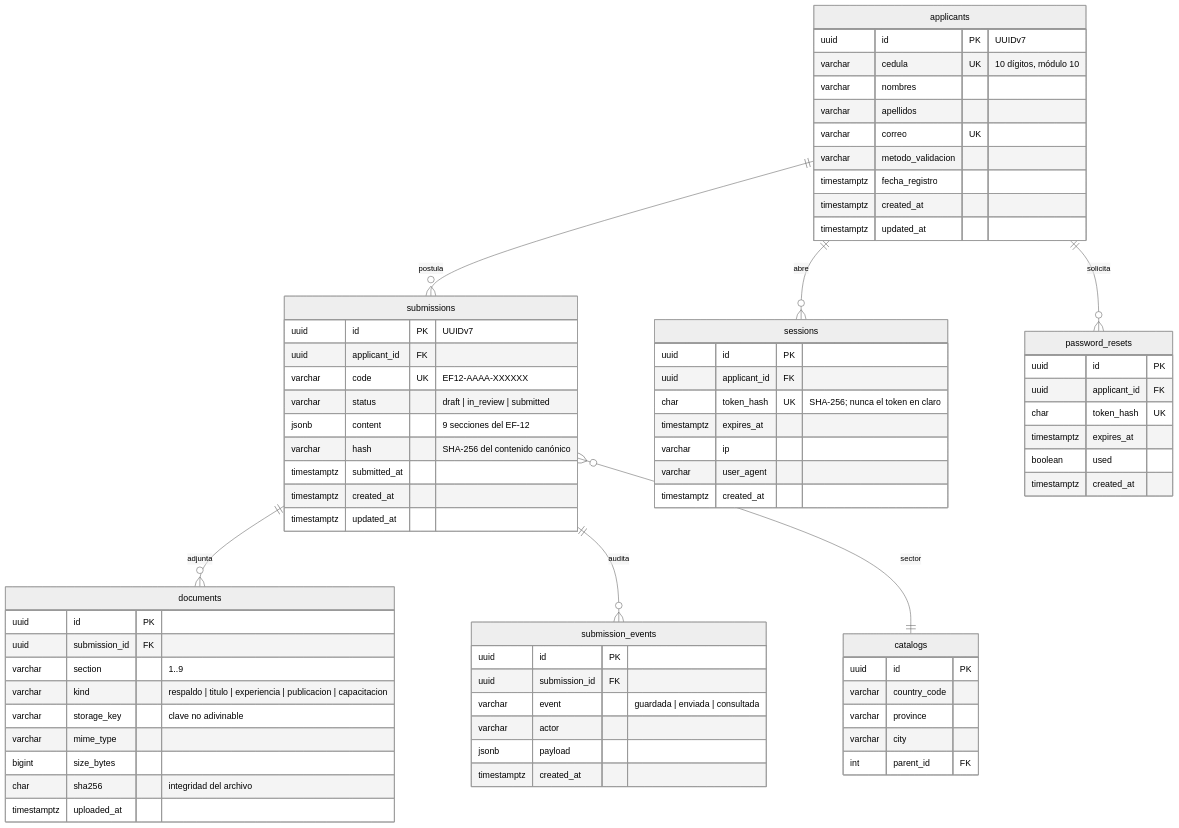
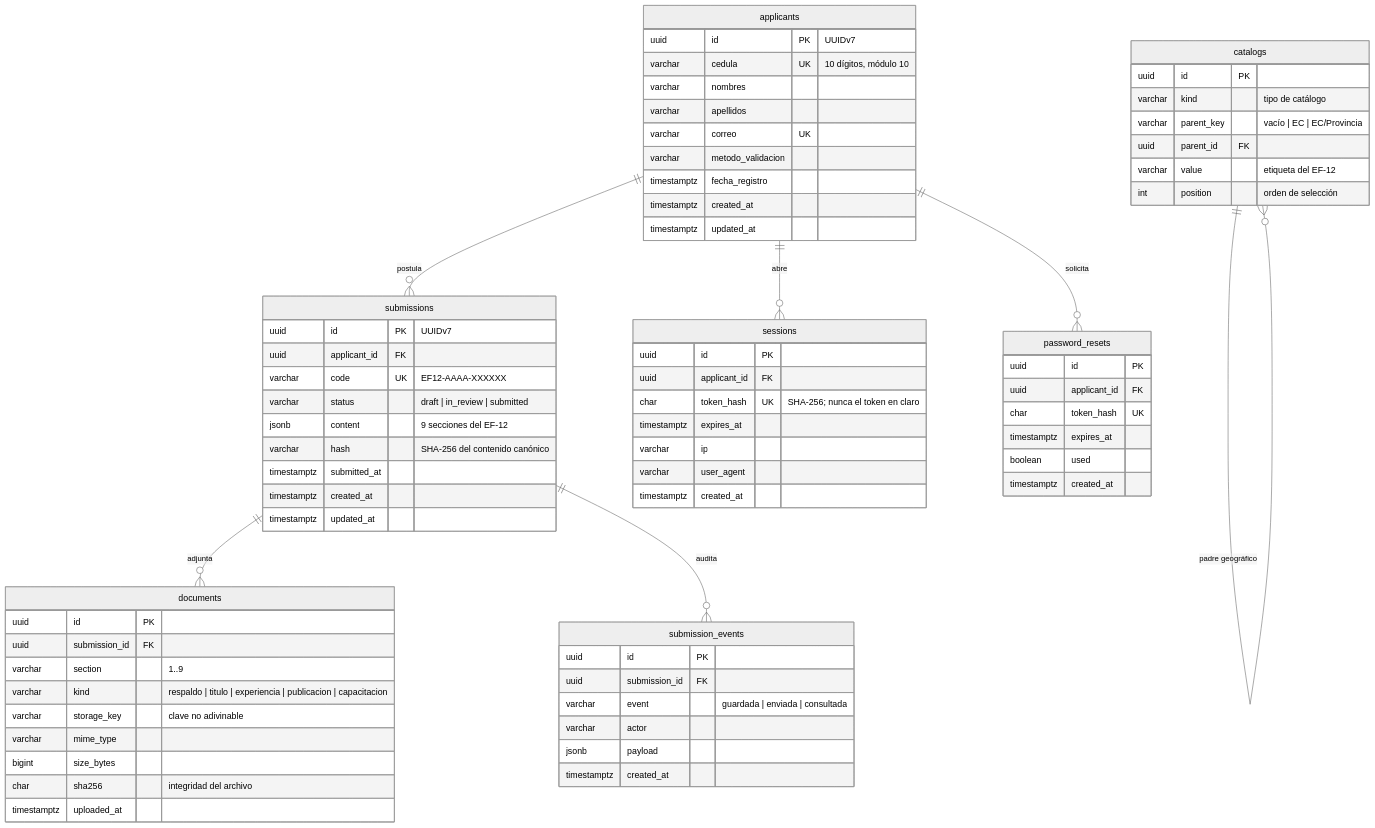
Before and after one commit to yan2005dris-afk/Framework-Examen: the diagram in docs/database/SCHEMA.md, drawn with Mermaid (neutral theme). The commit also changed other lines of this file and 25 other files, not shown here.

````diff
--- a/docs/database/SCHEMA.md
+++ b/docs/database/SCHEMA.md
@@ -20,81 +20,82 @@
 ```mermaid
 erDiagram
     applicants ||--o{ submissions : "postula"
     applicants ||--o{ sessions : "abre"
     applicants ||--o{ password_resets : "solicita"
     submissions ||--o{ documents : "adjunta"
     submissions ||--o{ submission_events : "audita"
-    submissions }o--|| catalogs : "sector"
+    catalogs ||--o{ catalogs : "padre geográfico"
 
     applicants {
         uuid id PK "UUIDv7"
         varchar cedula UK "10 dígitos, módulo 10"
         varchar nombres
         varchar apellidos
         varchar correo UK
         varchar metodo_validacion
         timestamptz fecha_registro
         timestamptz created_at
         timestamptz updated_at
     }
 
     submissions {
         uuid id PK "UUIDv7"
         uuid applicant_id FK
         varchar code UK "EF12-AAAA-XXXXXX"
         varchar status "draft | in_review | submitted"
         jsonb content "9 secciones del EF-12"
         varchar hash "SHA-256 del contenido canónico"
         timestamptz submitted_at
         timestamptz created_at
         timestamptz updated_at
     }
 
     documents {
         uuid id PK
         uuid submission_id FK
         varchar section "1..9"
         varchar kind "respaldo | titulo | experiencia | publicacion | capacitacion"
         varchar storage_key "clave no adivinable"
         varchar mime_type
         bigint size_bytes
         char sha256 "integridad del archivo"
         timestamptz uploaded_at
     }
 
     sessions {
         uuid id PK
         uuid applicant_id FK
         char token_hash UK "SHA-256; nunca el token en claro"
         timestamptz expires_at
         varchar ip
         varchar user_agent
         timestamptz created_at
     }
 
     password_resets {
         uuid id PK
         uuid applicant_id FK
         char token_hash UK
         timestamptz expires_at
         boolean used
         timestamptz created_at
     }
 
     catalogs {
         uuid id PK
-        varchar country_code
-        varchar province
-        varchar city
-        int parent_id FK
+        varchar kind "tipo de catálogo"
+        varchar parent_key "vacío | EC | EC/Provincia"
+        uuid parent_id FK
+        varchar value "etiqueta del EF-12"
+        int position "orden de selección"
     }
 
     submission_events {
         uuid id PK
         uuid submission_id FK
         varchar event "guardada | enviada | consultada"
         varchar actor
         jsonb payload
         timestamptz created_at
     }
 ```
````
